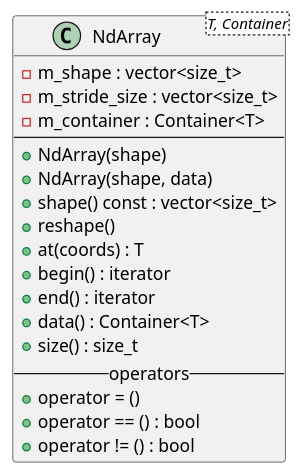
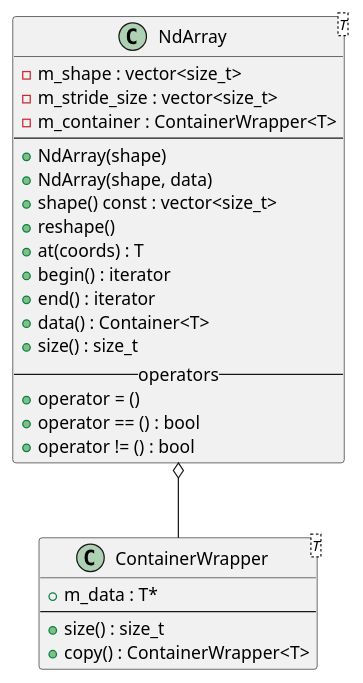
Before and after one commit to astrorama/Alexandria: the diagram in NdArray/doc/NdArray.puml, drawn with PlantUML. The commit also changed 1 other file, not shown here.

```diff
--- a/NdArray/doc/NdArray.puml
+++ b/NdArray/doc/NdArray.puml
@@ -1,23 +1,32 @@
 @startuml
 
-class NdArray<T, Container> {
+class NdArray<T> {
   - m_shape : vector<size_t>
   - m_stride_size : vector<size_t>
-  - m_container : Container<T>
+  - m_container : ContainerWrapper<T>
   --
   + NdArray(shape)
   + NdArray(shape, data)
   + shape() const : vector<size_t>
   + reshape()
   + at(coords) : T
   + begin() : iterator
   + end() : iterator
   + data() : Container<T>
   + size() : size_t
   -- operators --
   + operator = ()
   + operator == () : bool
   + operator != () : bool
 }
 
+class ContainerWrapper<T> {
+  + m_data : T*
+  --
+  + size() : size_t
+  + copy() : ContainerWrapper<T>
+}
+
+NdArray o-- ContainerWrapper
+
 @enduml
```
